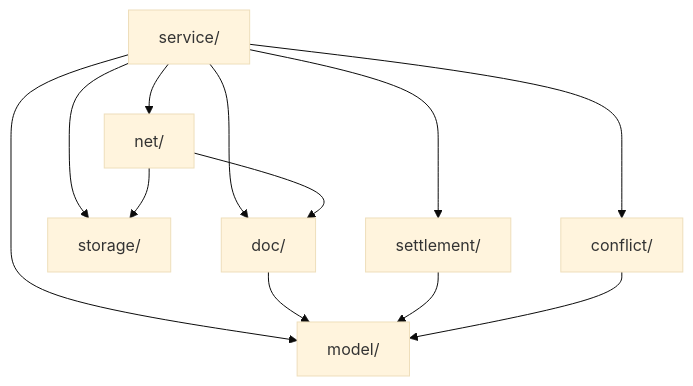
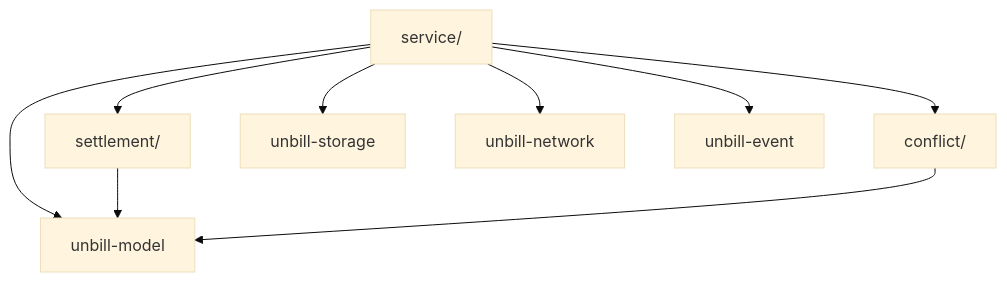
One commit to Gorgeous-Patrick/unbill changed the diagram in crates/unbill-core/DESIGN.md. Above: the diagram before and after it, drawn with Mermaid (base theme). The commit also changed other lines of this file and 3 other files, not shown here.

````diff
--- a/crates/unbill-core/DESIGN.md
+++ b/crates/unbill-core/DESIGN.md
@@ -7,22 +7,19 @@
 ```mermaid
 flowchart TB
     Service["service/"]
-    Model["model/"]
-    Doc["doc/"]
-    Storage["storage/"]
-    Net["net/"]
     Settlement["settlement/"]
     Conflict["conflict/"]
+    Storage["unbill-storage"]
+    Network["unbill-network"]
+    Model["unbill-model"]
+    Event["unbill-event"]
 
-    Service --> Model
-    Service --> Doc
-    Service --> Storage
-    Service --> Net
     Service --> Settlement
     Service --> Conflict
-    Doc --> Model
-    Net --> Doc
-    Net --> Storage
+    Service --> Storage
+    Service --> Network
+    Service --> Model
+    Service --> Event
     Settlement --> Model
     Conflict --> Model
 ```
````
